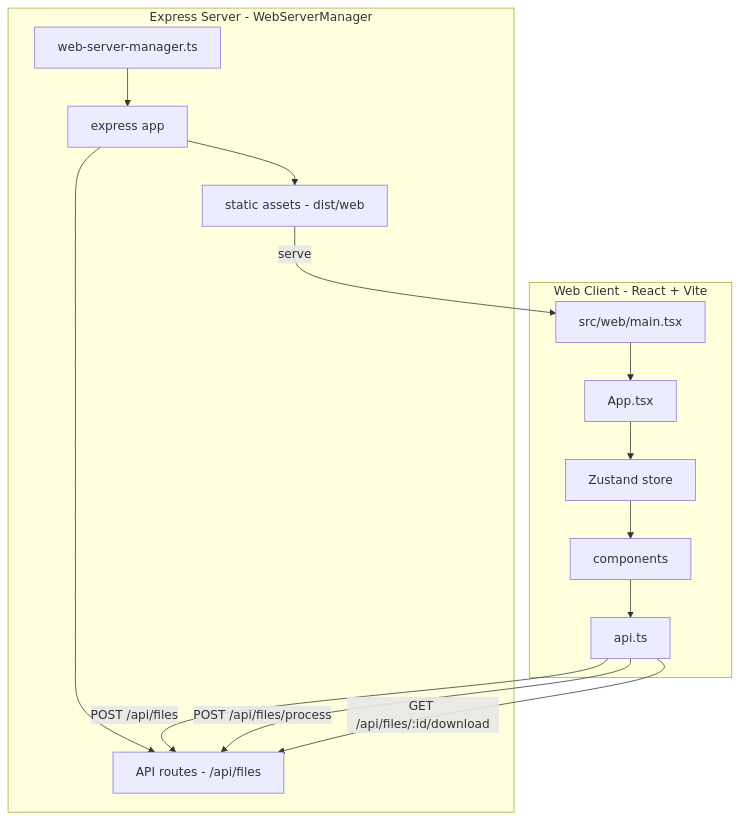
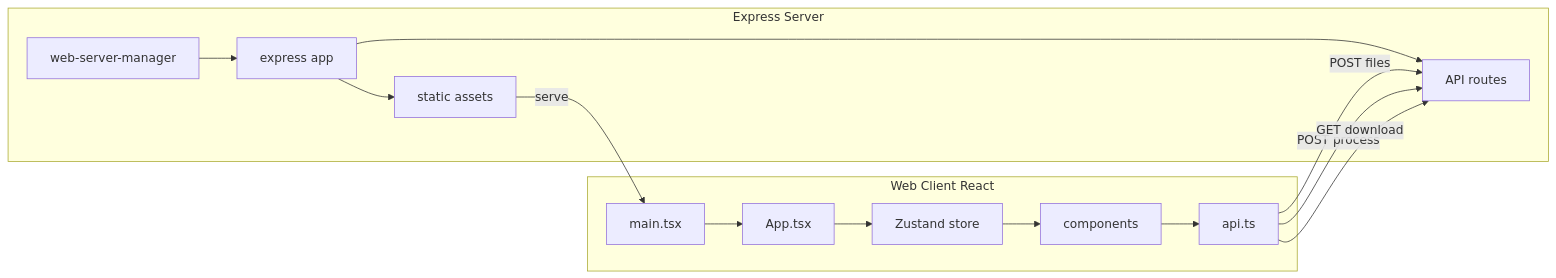
The second of 2 diagrams in README.md (juxnbernxrdo/invoiceflow), drawn with Mermaid before and after one commit. The commit also changed other lines of this file, not shown here.

Commit message:
fix: remove special chars from mermaid diagrams to fix GitHub rendering

````diff
--- a/README.md
+++ b/README.md
@@ -220,25 +220,25 @@
 ```mermaid
-flowchart TD
-    subgraph Server["Express Server - WebServerManager"]
-        S1["web-server-manager.ts"] --> S2["express app"]
-        S2 --> S3["static assets - dist/web"]
-        S2 --> S4["API routes - /api/files"]
+flowchart LR
+    subgraph Server[Express Server]
+        S1[web-server-manager] --> S2[express app]
+        S2 --> S3[static assets]
+        S2 --> S4[API routes]
     end
 
-    subgraph Client["Web Client - React + Vite"]
-        C1["src/web/main.tsx"]
-        C2["App.tsx"]
-        C3["Zustand store"]
-        C4["components"]
-        C5["api.ts"]
+    subgraph Client[Web Client React]
+        C1[main.tsx]
+        C2[App.tsx]
+        C3[Zustand store]
+        C4[components]
+        C5[api.ts]
     end
 
-    S3 -->|"serve"| C1
+    S3 -->|serve| C1
     C1 --> C2
     C2 --> C3
     C3 --> C4
     C4 --> C5
-    C5 -->|"POST /api/files"| S4
-    C5 -->|"POST /api/files/process"| S4
-    C5 -->|"GET /api/files/:id/download"| S4
+    C5 -->|POST files| S4
+    C5 -->|POST process| S4
+    C5 -->|GET download| S4
 ```
````
